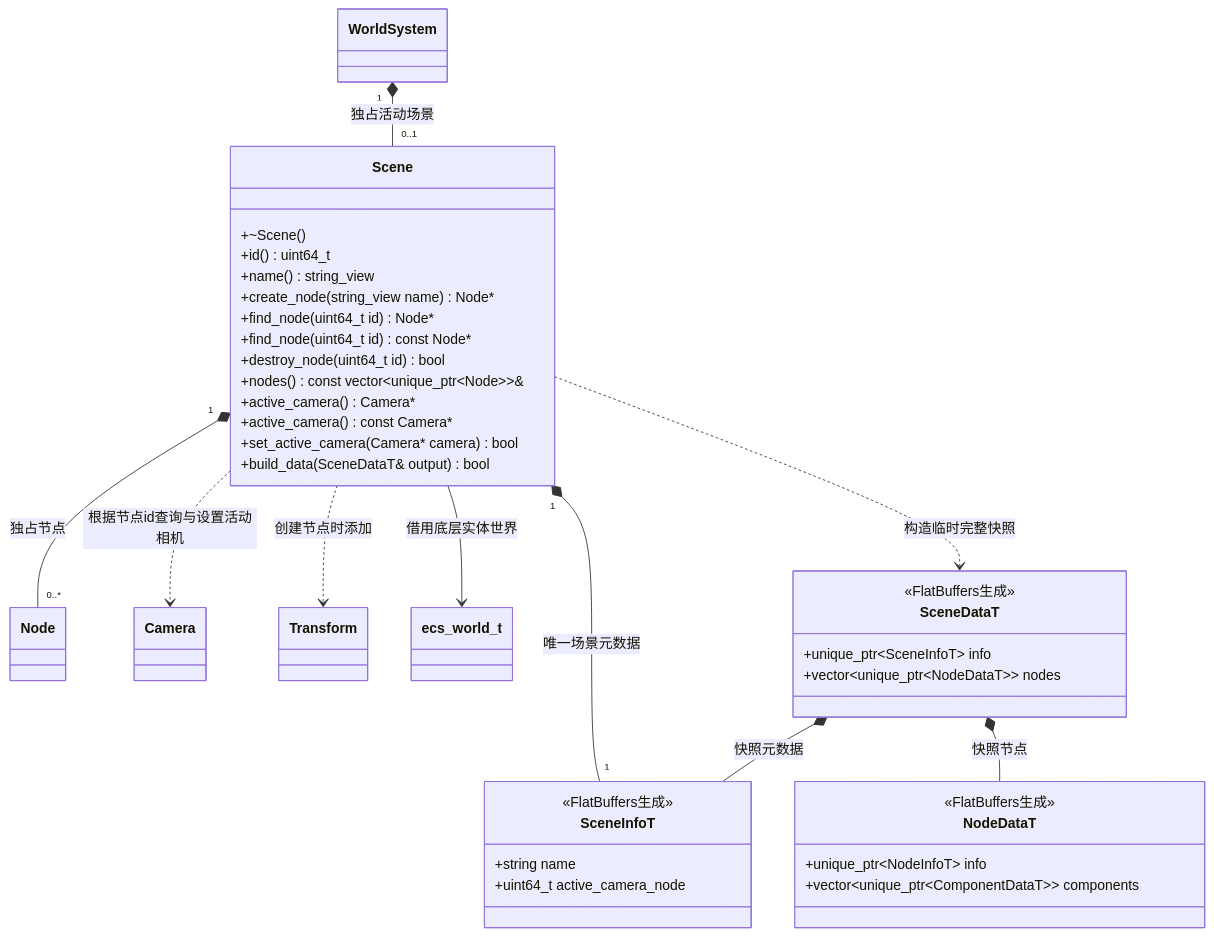
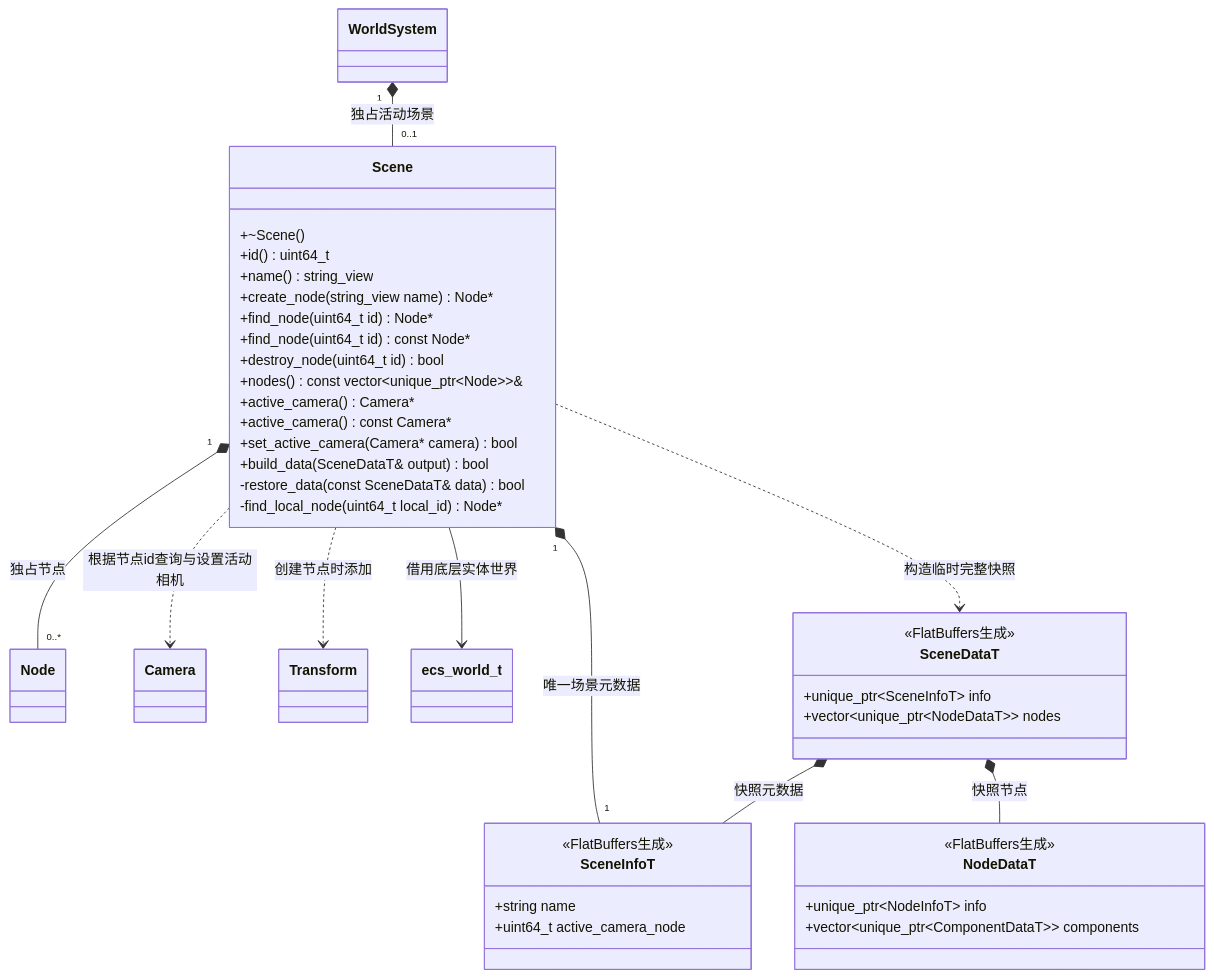
The diagram in docs/runtime/class-diagrams/scene.md (lcals/Engine), drawn with Mermaid before and after one commit. The commit also changed other lines of this file and 114 other files, not shown here.

````diff
--- a/docs/runtime/class-diagrams/scene.md
+++ b/docs/runtime/class-diagrams/scene.md
@@ -7,46 +7,48 @@
 ```mermaid
 classDiagram
     class Scene {
         +~Scene()
         +id() uint64_t
         +name() string_view
         +create_node(string_view name) Node#42;
         +find_node(uint64_t id) Node#42;
         +find_node(uint64_t id) const Node#42;
         +destroy_node(uint64_t id) bool
         +nodes() const vector~unique_ptr~Node~~&
         +active_camera() Camera#42;
         +active_camera() const Camera#42;
         +set_active_camera(Camera#42; camera) bool
         +build_data(SceneDataT& output) bool
+        -restore_data(const SceneDataT& data) bool
+        -find_local_node(uint64_t local_id) Node#42;
     }
     class WorldSystem
     class Node
     class Camera
     class Transform
     class ecs_world_t
     class SceneInfoT {
         <<FlatBuffers生成>>
         +string name
         +uint64_t active_camera_node
     }
     class SceneDataT {
         <<FlatBuffers生成>>
         +unique_ptr~SceneInfoT~ info
         +vector~unique_ptr~NodeDataT~~ nodes
     }
     class NodeDataT {
         <<FlatBuffers生成>>
         +unique_ptr~NodeInfoT~ info
         +vector~unique_ptr~ComponentDataT~~ components
     }
     WorldSystem "1" *-- "0..1" Scene : 独占活动场景
     Scene "1" *-- "0..*" Node : 独占节点
     Scene "1" *-- "1" SceneInfoT : 唯一场景元数据
     Scene --> ecs_world_t : 借用底层实体世界
     Scene ..> Camera : 根据节点id查询与设置活动相机
     Scene ..> Transform : 创建节点时添加
     Scene ..> SceneDataT : 构造临时完整快照
     SceneDataT *-- SceneInfoT : 快照元数据
     SceneDataT *-- NodeDataT : 快照节点
 ```
````
